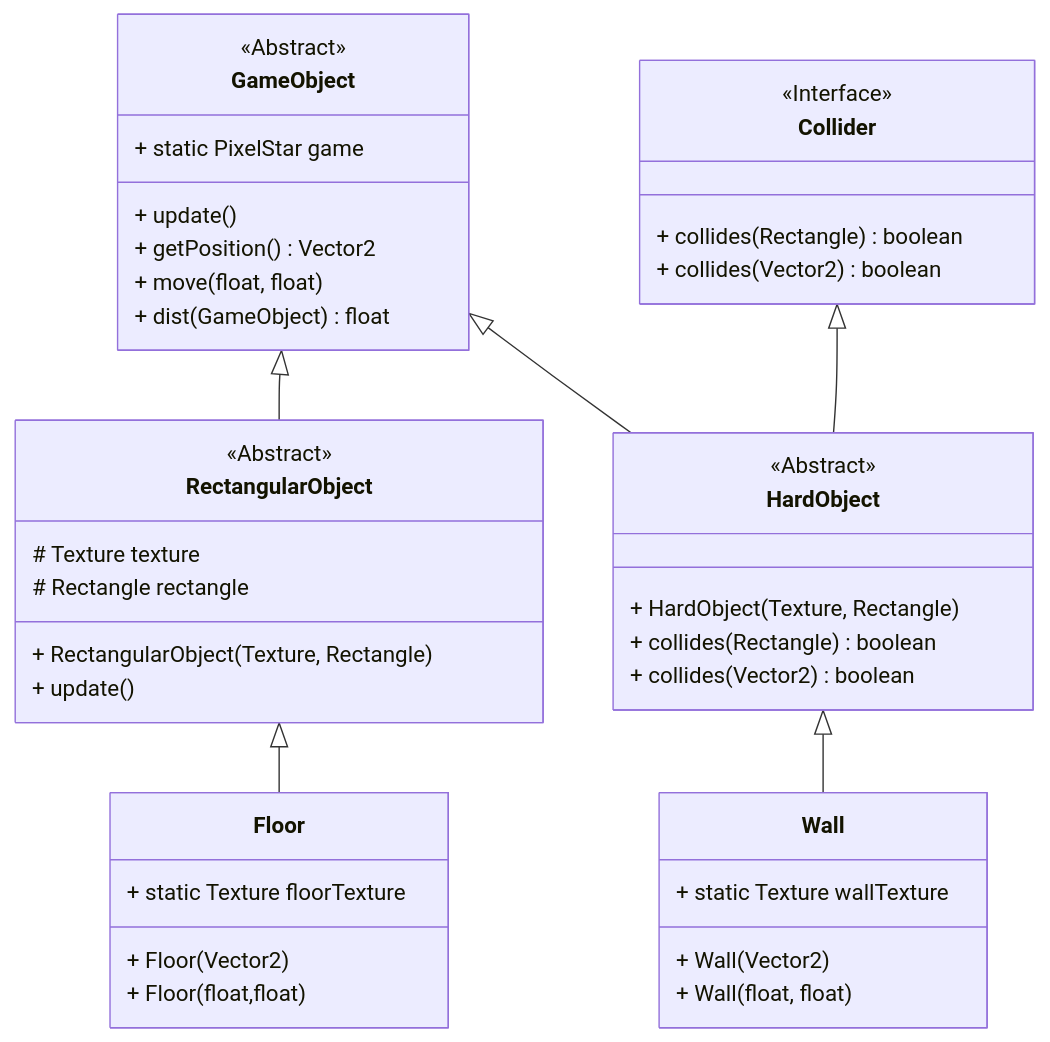
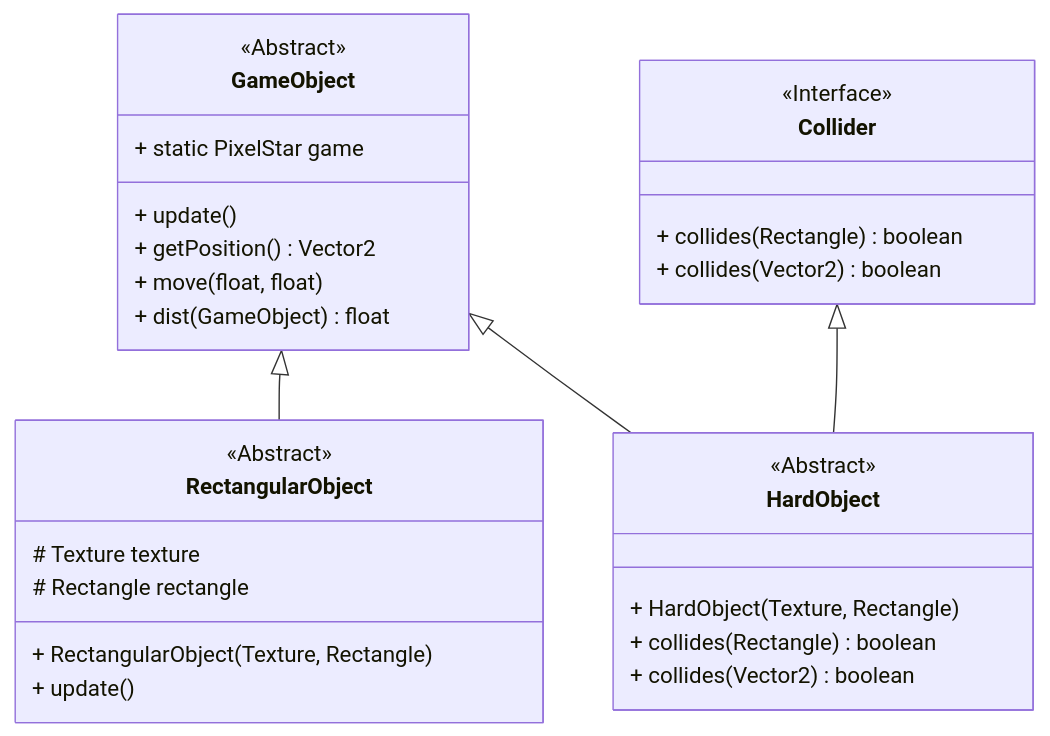
One commit to StrangeClone/PixelStars changed the diagram in core/src/com/pixelstar/gameobject/README.md. Above: the diagram before and after it, drawn with Mermaid. The commit also changed 4 other files, not shown here.

````diff
--- a/core/src/com/pixelstar/gameobject/README.md
+++ b/core/src/com/pixelstar/gameobject/README.md
@@ -6,44 +6,32 @@
 ```mermaid
 classDiagram
 class GameObject {
     <<Abstract>>
     + static PixelStar game
     + update()
     + getPosition() Vector2
     + move(float, float)
     + dist(GameObject) float
 }
 class RectangularObject {
     <<Abstract>>
     # Texture texture
     # Rectangle rectangle
     + RectangularObject(Texture, Rectangle)
     + update()
 }
 GameObject <|-- RectangularObject
-class Floor {
-    + static Texture floorTexture
-    + Floor(Vector2)
-    + Floor(float,float)
-}
-RectangularObject <|-- Floor
 class Collider {
     <<Interface>>
     + collides(Rectangle) boolean
     + collides(Vector2) boolean
 }
 class HardObject {
     <<Abstract>>
     + HardObject (Texture, Rectangle)
     + collides(Rectangle) boolean
     + collides(Vector2) boolean
 }
 GameObject <|-- HardObject
 Collider <|-- HardObject
-class Wall {
-    + static Texture wallTexture
-    + Wall(Vector2)
-    + Wall(float, float)
-}
-HardObject <|-- Wall
 ```
````
